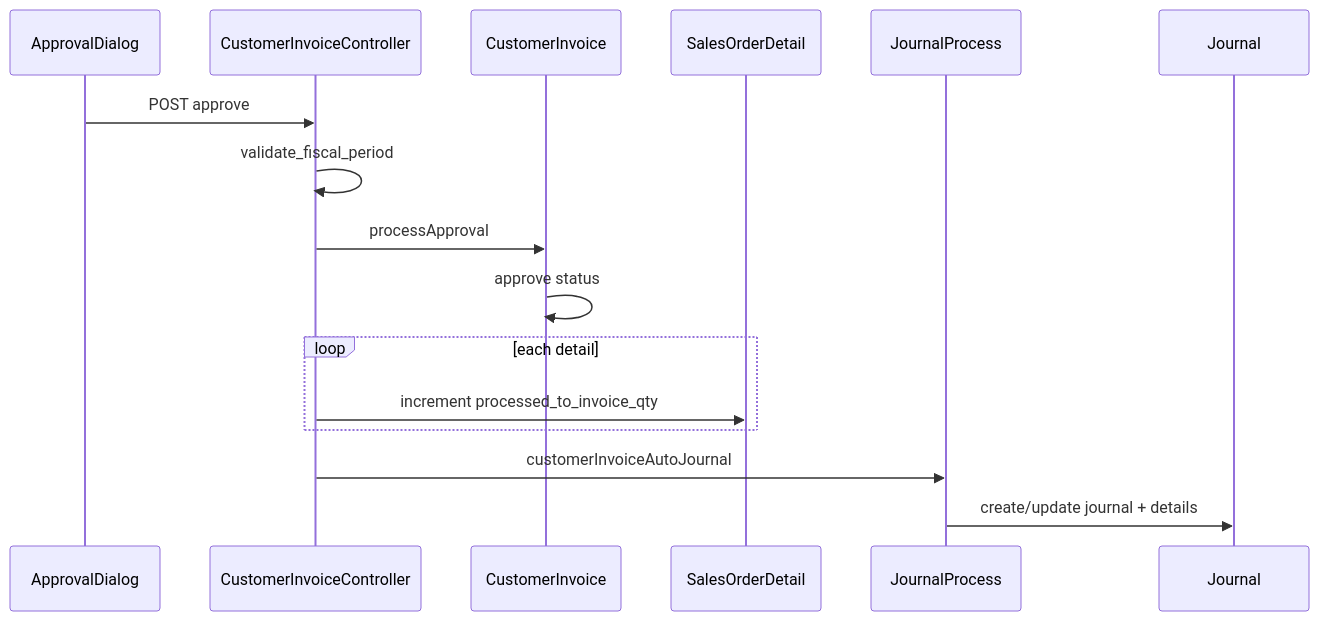
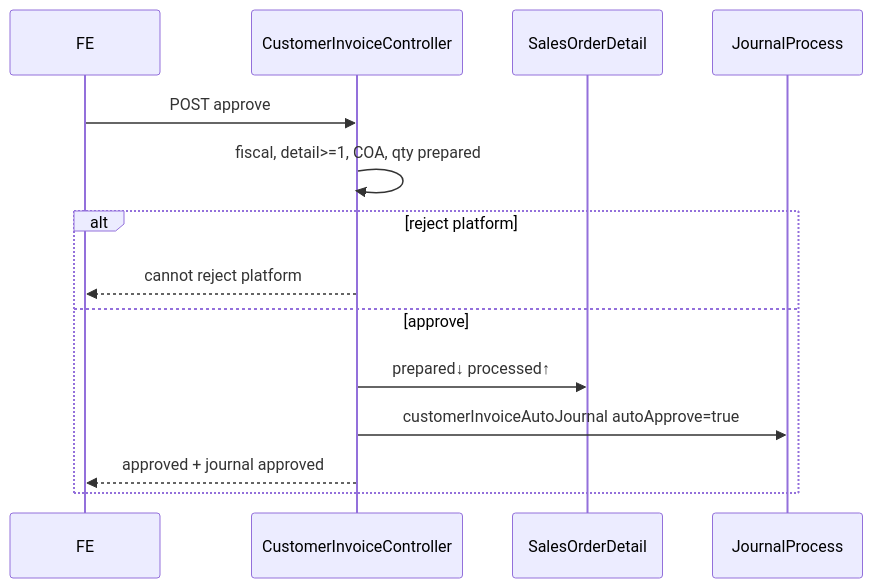
The diagram in qa-docs/accounting-customer-invoice/technical.md (yendyr/olshoperp-docs), drawn with Mermaid before and after one commit. The commit also changed other lines of this file and 37 other files, not shown here.

````diff
--- a/qa-docs/accounting-customer-invoice/technical.md
+++ b/qa-docs/accounting-customer-invoice/technical.md
@@ -139,19 +74,17 @@
 ```mermaid
 sequenceDiagram
-    participant UI as ApprovalDialog
-    participant CIC as CustomerInvoiceController
-    participant INV as CustomerInvoice
-    participant SOD as SalesOrderDetail
+    participant FE
+    participant CTL as CustomerInvoiceController
+    participant SO as SalesOrderDetail
     participant JP as JournalProcess
-    participant JRN as Journal
 
-    UI->>CIC: POST approve
-    CIC->>CIC: validate_fiscal_period
-    CIC->>INV: processApproval
-    INV->>INV: approve status
-  loop each detail
-        CIC->>SOD: increment processed_to_invoice_qty
+    FE->>CTL: POST approve
+    CTL->>CTL: fiscal, detail>=1, COA, qty prepared
+    alt reject platform
+        CTL-->>FE: cannot reject platform
+    else approve
+        CTL->>SO: prepared↓ processed↑
+        CTL->>JP: customerInvoiceAutoJournal autoApprove=true
+        CTL-->>FE: approved + journal approved
     end
-    CIC->>JP: customerInvoiceAutoJournal
-    JP->>JRN: create/update journal + details
 ```
````
